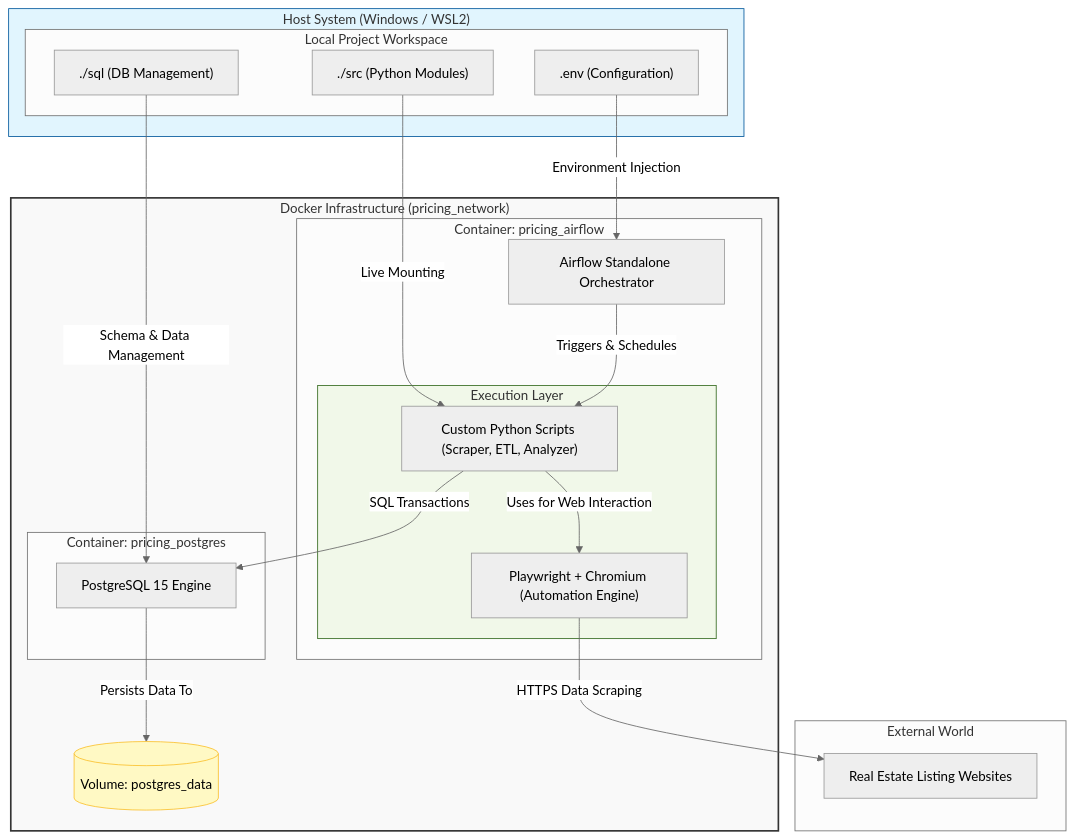
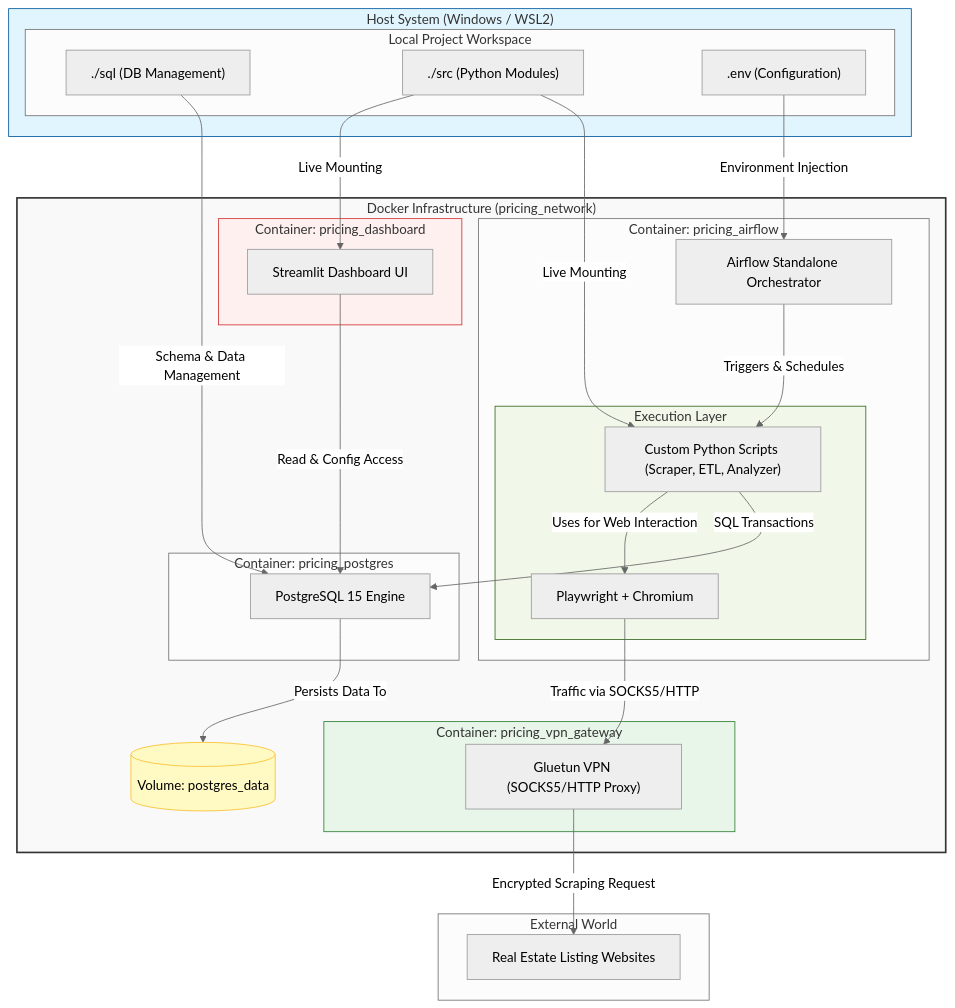
The diagram in doc/SAD.mmd (Proclusianus/e2eDP), drawn with Mermaid (neutral theme) before and after one commit. The commit also changed 22 other files, not shown here.

```diff
--- a/doc/SAD.mmd
+++ b/doc/SAD.mmd
@@ -1,49 +1,63 @@
-graph TD
+graph TB
     subgraph Host ["Host System (Windows / WSL2)"]
         subgraph LocalFiles ["Local Project Workspace"]
             SQL["./sql (DB Management)"]
             SRC["./src (Python Modules)"]
             ENV[".env (Configuration)"]
         end
     end
 
     subgraph Docker ["Docker Infrastructure (pricing_network)"]
+        subgraph UI_Cont ["Container: pricing_dashboard"]
+            Streamlit_UI["Streamlit Dashboard UI"]
+        end
+
+        subgraph App_Cont ["Container: pricing_airflow"]
+            AF_Runtime["Airflow Standalone Orchestrator"]
+            subgraph Logic ["Execution Layer"]
+                Python_Scripts["Custom Python Scripts (Scraper, ETL, Analyzer)"]
+                PW_Engine["Playwright + Chromium"]
+            end
+        end
+
         subgraph DB_Cont ["Container: pricing_postgres"]
             DB_Engine["PostgreSQL 15 Engine"]
         end
         
         DB_Vol[("Volume: postgres_data")]
 
-        subgraph App_Cont ["Container: pricing_airflow"]
-            AF_Runtime["Airflow Standalone Orchestrator"]
-            
-            subgraph Logic ["Execution Layer"]
-                Python_Scripts["Custom Python Scripts (Scraper, ETL, Analyzer)"]
-                PW_Engine["Playwright + Chromium (Automation Engine)"]
-            end
+        subgraph VPN_Cont ["Container: pricing_vpn_gateway"]
+            VPN_Engine["Gluetun VPN (SOCKS5/HTTP Proxy)"]
         end
     end
 
     subgraph Internet ["External World"]
         RE_Websites["Real Estate Listing Websites"]
     end
 
-    %% Relacje
+    %% Positioning
+    LocalFiles ~~~ Docker
+    Docker ~~~ Internet
+
+    %% Relations
     SQL -- "Schema & Data Management" --> DB_Engine
     SRC -- "Live Mounting" --> Python_Scripts
+    SRC -- "Live Mounting" --> Streamlit_UI
     ENV -- "Environment Injection" --> AF_Runtime
     
     DB_Engine -- "Persists Data To" --> DB_Vol
+    Python_Scripts -- "SQL Transactions" --> DB_Engine
+    Streamlit_UI -- "Read & Config Access" --> DB_Engine
     
     AF_Runtime -- "Triggers & Schedules" --> Python_Scripts
     Python_Scripts -- "Uses for Web Interaction" --> PW_Engine
     
-    PW_Engine -- "HTTPS Data Scraping" --> RE_Websites
-    
-    Python_Scripts -- "SQL Transactions" --> DB_Engine
+    PW_Engine -- "Traffic via SOCKS5/HTTP" --> VPN_Engine
+    VPN_Engine -- "Encrypted Scraping Request" --> RE_Websites
 
-    %% Styl
     style Docker fill:#f9f9f9,stroke:#333,stroke-width:2px
     style Host fill:#e1f5fe,stroke:#01579b
     style DB_Vol fill:#fff9c4,stroke:#fbc02d
     style Logic fill:#f1f8e9,stroke:#33691e
+    style UI_Cont fill:#fff0f0,stroke:#d32f2f
+    style VPN_Cont fill:#e8f5e9,stroke:#2e7d32
```
